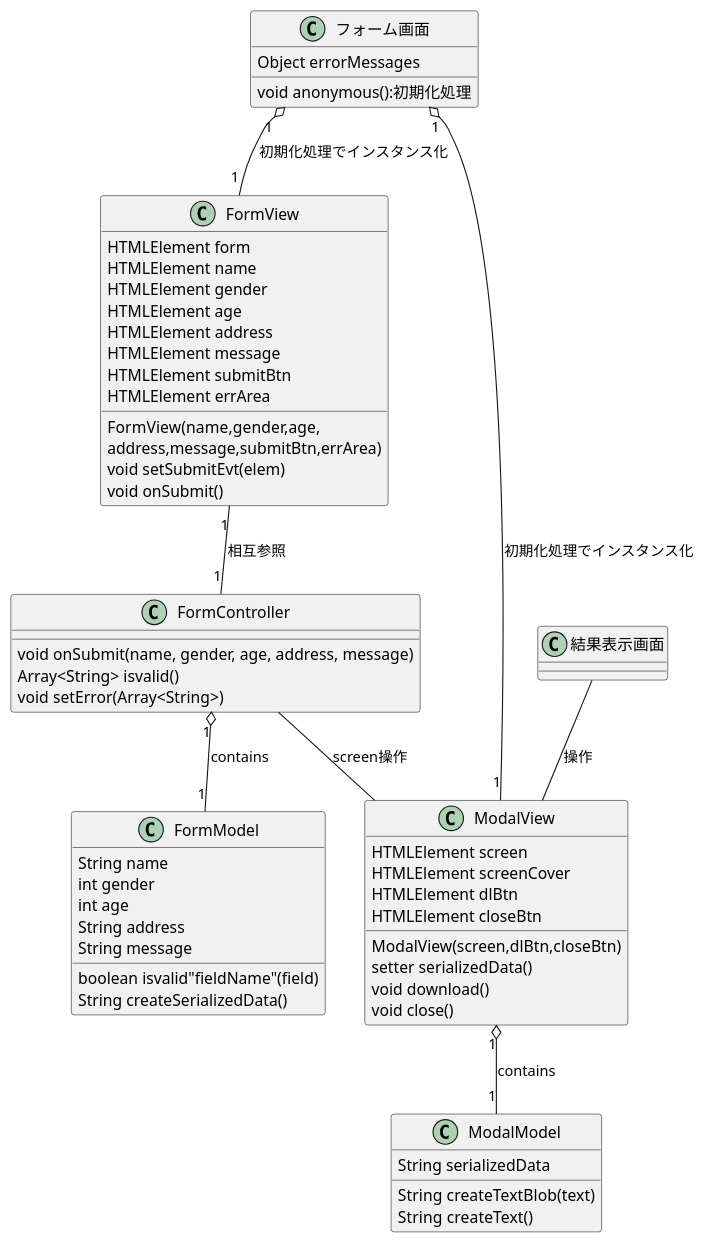
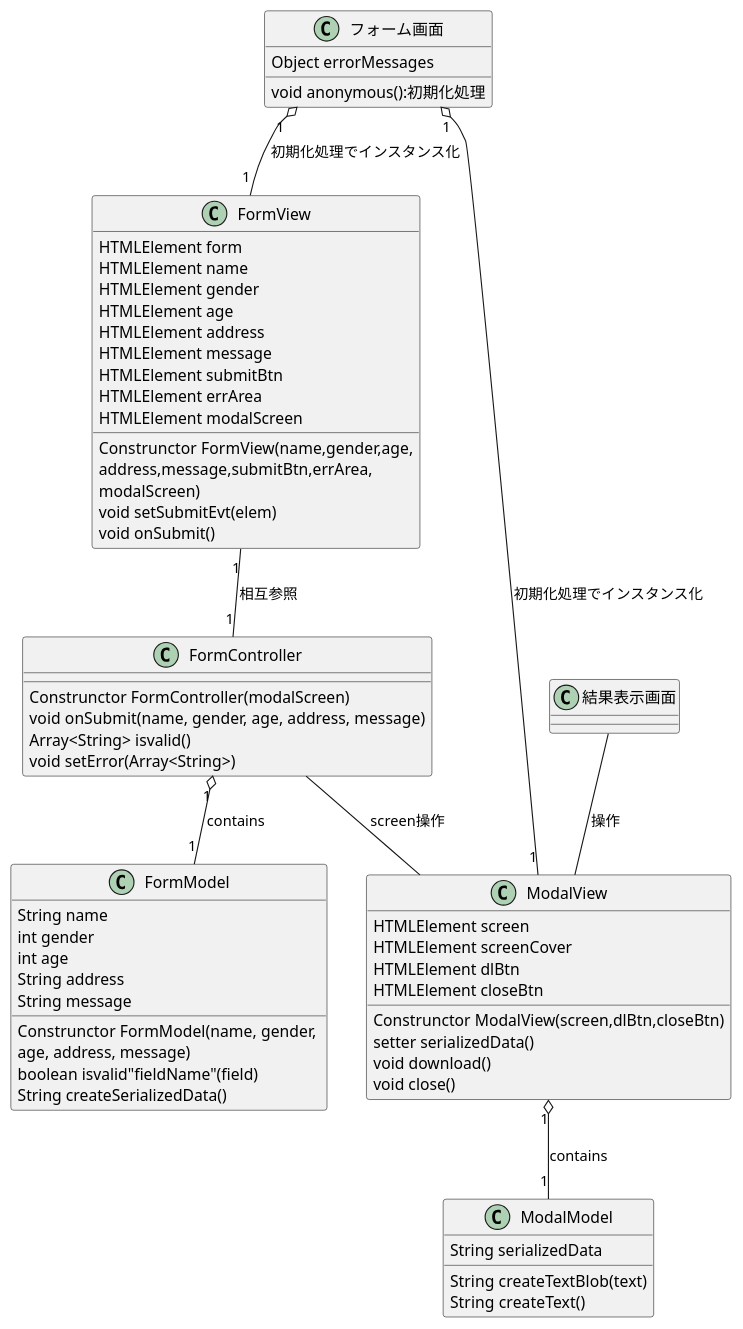
Before and after one commit to dede-20191130/send-contact-form: the diagram in docs/class/class.pu, drawn with PlantUML. The commit also changed 4 other files, not shown here.

```diff
--- a/docs/class/class.pu
+++ b/docs/class/class.pu
@@ -2,66 +2,68 @@
 @startuml class diagram
 class "フォーム画面" as fmSc{
     Object errorMessages
     void anonymous():初期化処理
 }
 class "FormView" as fv{
     HTMLElement form
     HTMLElement name
     HTMLElement gender
     HTMLElement age
     HTMLElement address
     HTMLElement message
     HTMLElement submitBtn
     HTMLElement errArea
-    FormView(name,gender,age,\naddress,message,submitBtn,errArea)
+    HTMLElement modalScreen
+    Construnctor FormView(name,gender,age,\naddress,message,submitBtn,errArea,\nmodalScreen)
     void setSubmitEvt(elem)
     void onSubmit()
 }
 class "FormController" as fc{
-
+    Construnctor FormController(modalScreen)
     void onSubmit(name, gender, age, address, message)
     Array<String> isvalid()
     void setError(Array<String>)
 }
 class "FormModel" as fm{
     String name
     int gender
     int age
     String address
     String message
+    Construnctor FormModel(name, gender, \nage, address, message)
     boolean isvalid"fieldName"(field)
     String createSerializedData()
 }
 class "結果表示画面" as rsltSc{
 }
 class "ModalView" as mv{
     HTMLElement screen
     HTMLElement screenCover
     HTMLElement dlBtn
     HTMLElement closeBtn
-    ModalView(screen,dlBtn,closeBtn)
+    Construnctor ModalView(screen,dlBtn,closeBtn)
     setter serializedData()
     void download()
     void close()
 }
 class "ModalModel" as mm{
     String serializedData
     String createTextBlob(text)
     String createText()
 }
 
 fmSc "1" o-- "1" fv  : 初期化処理でインスタンス化
 fv "1" -- "1" fc  : 相互参照
 fc "1" o-- "1" fm  : contains
 
 ' fmSc  -  rsltSc : モーダル画面表示
 rsltSc  -- mv   : 操作
 fmSc "1" o-- "1" mv  : 初期化処理でインスタンス化
 fc  -- mv   : screen操作
 mv  "1" o-- "1" mm : contains
 
 
 
 
 
 @enduml
```
